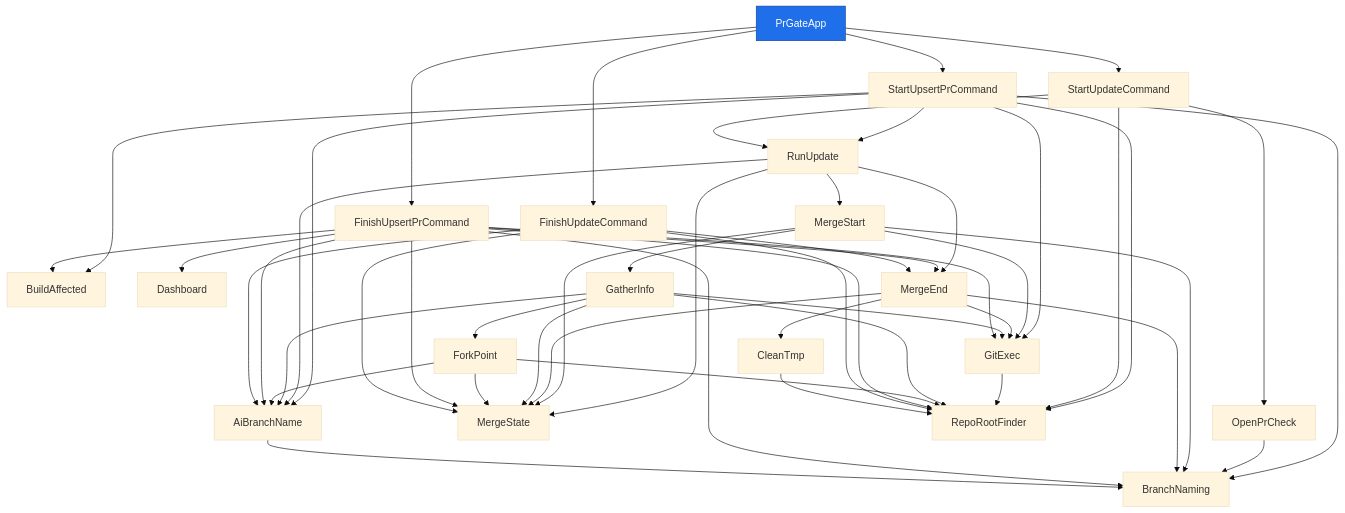
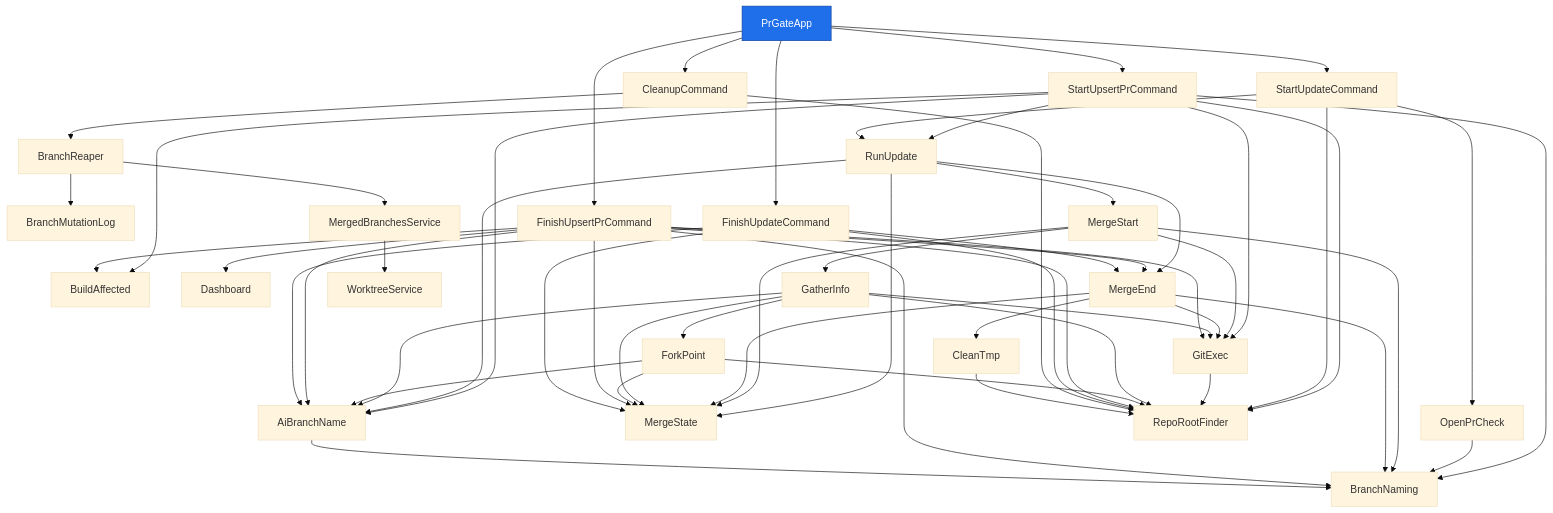
One commit to deanhiller/webpieces-ts changed the diagram in packages/tooling/pr-gate/design.md. Above: the diagram before and after it, drawn with Mermaid (base theme). The commit also changed 20 other files, not shown here.

First line of the commit message:
Add wp-cleanup: actually delete merged branches instead of asking permission to (#436)

````diff
--- a/packages/tooling/pr-gate/design.md
+++ b/packages/tooling/pr-gate/design.md
@@ -13,9 +13,12 @@
 ```mermaid
 graph TD
     AiBranchName["AiBranchName"]
+    BranchMutationLog["BranchMutationLog"]
     BranchNaming["BranchNaming"]
+    BranchReaper["BranchReaper"]
     BuildAffected["BuildAffected"]
     CleanTmp["CleanTmp"]
+    CleanupCommand["CleanupCommand"]
     Dashboard["Dashboard"]
     FinishUpdateCommand["FinishUpdateCommand"]
     FinishUpsertPrCommand["FinishUpsertPrCommand"]
@@ -25,14 +28,20 @@
     MergeEnd["MergeEnd"]
     MergeStart["MergeStart"]
     MergeState["MergeState"]
+    MergedBranchesService["MergedBranchesService"]
     OpenPrCheck["OpenPrCheck"]
     PrGateApp["PrGateApp"]:::controller
     RepoRootFinder["RepoRootFinder"]
     RunUpdate["RunUpdate"]
     StartUpdateCommand["StartUpdateCommand"]
     StartUpsertPrCommand["StartUpsertPrCommand"]
+    WorktreeService["WorktreeService"]
     AiBranchName --> BranchNaming
+    BranchReaper --> BranchMutationLog
+    BranchReaper --> MergedBranchesService
     CleanTmp --> RepoRootFinder
+    CleanupCommand --> BranchReaper
+    CleanupCommand --> RepoRootFinder
     FinishUpdateCommand --> AiBranchName
     FinishUpdateCommand --> MergeEnd
     FinishUpdateCommand --> MergeState
@@ -62,7 +71,9 @@
     MergeStart --> GatherInfo
     MergeStart --> GitExec
     MergeStart --> MergeState
+    MergedBranchesService --> WorktreeService
     OpenPrCheck --> BranchNaming
+    PrGateApp --> CleanupCommand
     PrGateApp --> FinishUpdateCommand
     PrGateApp --> FinishUpsertPrCommand
     PrGateApp --> StartUpdateCommand
````
